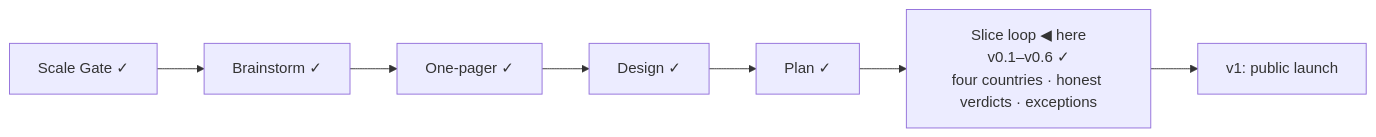
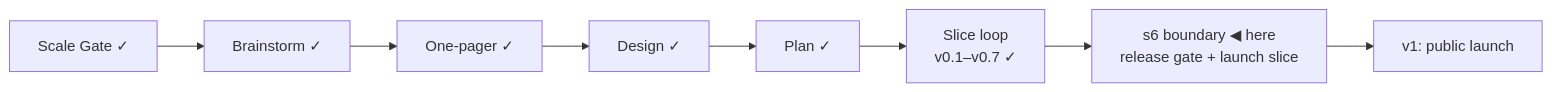
One commit to OytunOnal/permit-rulebook changed the diagram in STATUS.md. Above: the diagram before and after it, drawn with Mermaid. The commit also changed other lines of this file and 3 other files, not shown here.

````diff
--- a/STATUS.md
+++ b/STATUS.md
@@ -9,6 +10,7 @@
 ```mermaid
 flowchart LR
     A[Scale Gate ✓] --> B[Brainstorm ✓] --> C[One-pager ✓] --> D[Design ✓] --> E[Plan ✓]
-    E --> F["Slice loop ◀ here<br/>v0.1–v0.6 ✓<br/>four countries · honest verdicts · exceptions"]
-    F --> G[v1: public launch]
+    E --> F["Slice loop<br/>v0.1–v0.7 ✓"]
+    F --> G["s6 boundary ◀ here<br/>release gate + launch slice"]
+    G --> H[v1: public launch]
 ```
````
